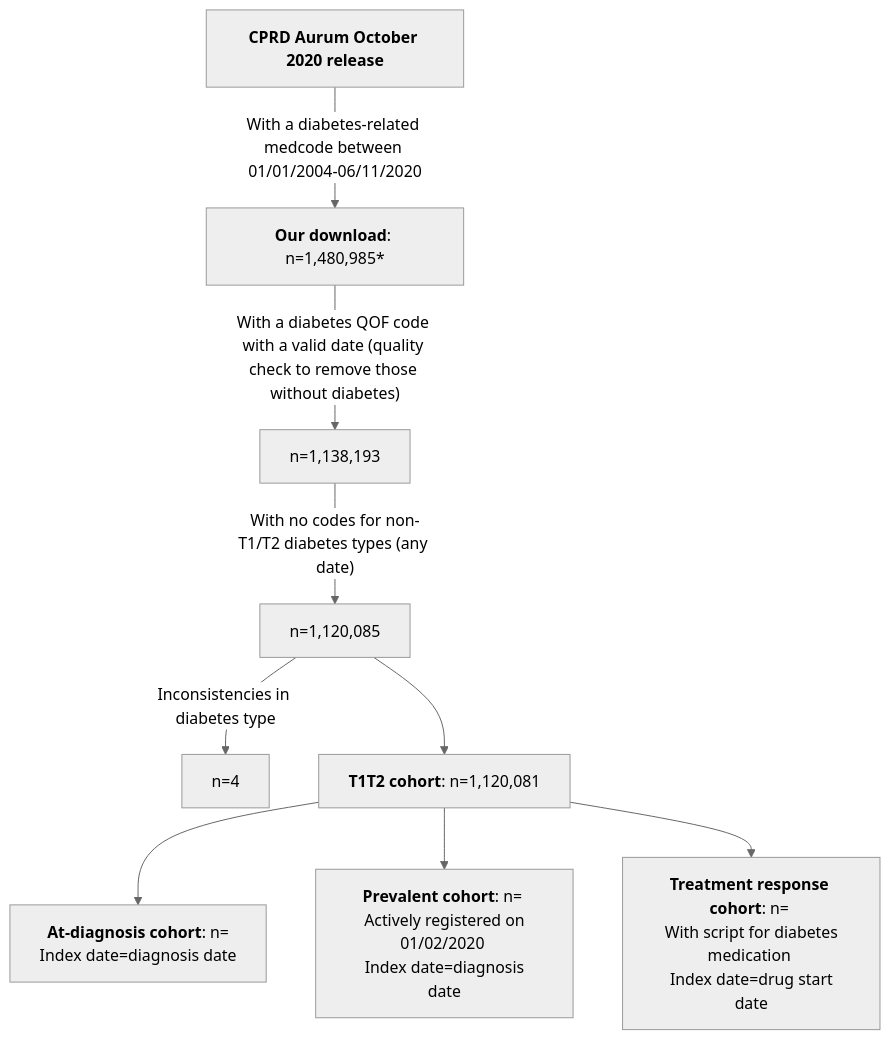
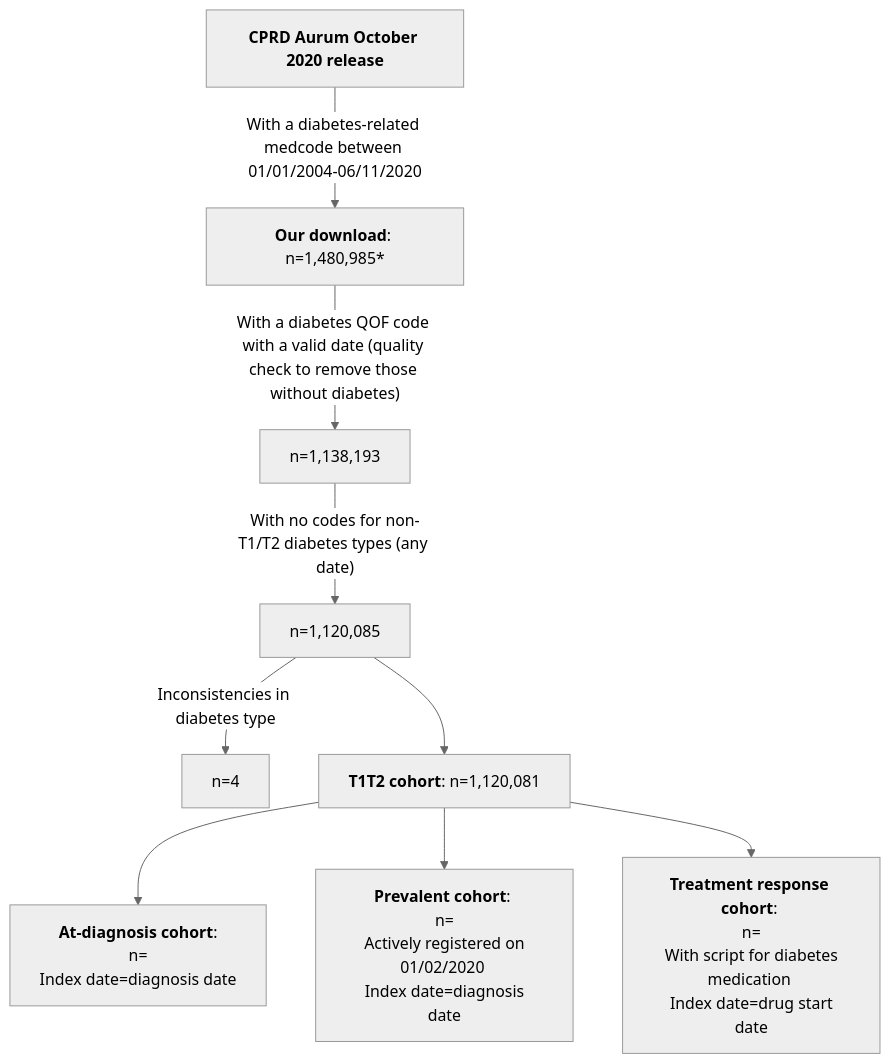
The diagram in README.md (Exeter-Diabetes/CPRD-Cohort-scripts), drawn with Mermaid (neutral theme) before and after one commit. The commit also changed other lines of this file, not shown here.

````diff
--- a/README.md
+++ b/README.md
@@ -12,11 +12,11 @@
 ```mermaid
 graph TD;
     A["<b>CPRD Aurum October 2020 release</b>"] --> |"With a diabetes-related medcode between 01/01/2004-06/11/2020"| B["<b>Our download</b>: n=1,480,985*"]
     B -->|"With a diabetes QOF code with a valid date (quality check to remove those without diabetes)"|C["n=1,138,193"]
     C --> |"With no codes for non-T1/T2 diabetes types (any date)"|D["n=1,120,085"]
     D --> |"Inconsistencies in diabetes type"|E["n=4"]
     D --> F["<b>T1T2 cohort</b>: n=1,120,081"]
-    F --> G["<b>At-diagnosis cohort</b>: n= <br> Index date=diagnosis date"]
-    F --> H["<b>Prevalent cohort</b>: n= <br> Actively registered on 01/02/2020 <br> Index date=diagnosis date"]
-    F --> I["<b>Treatment response cohort</b>: n= <br> With script for diabetes medication <br> Index date=drug start date"]
+    F --> G["<b>At-diagnosis cohort</b>: <br> n= <br> Index date=diagnosis date"]
+    F --> H["<b>Prevalent cohort</b>: <br> n= <br> Actively registered on 01/02/2020 <br> Index date=diagnosis date"]
+    F --> I["<b>Treatment response cohort</b>: <br> n= <br> With script for diabetes medication <br> Index date=drug start date"]
 ```
````
